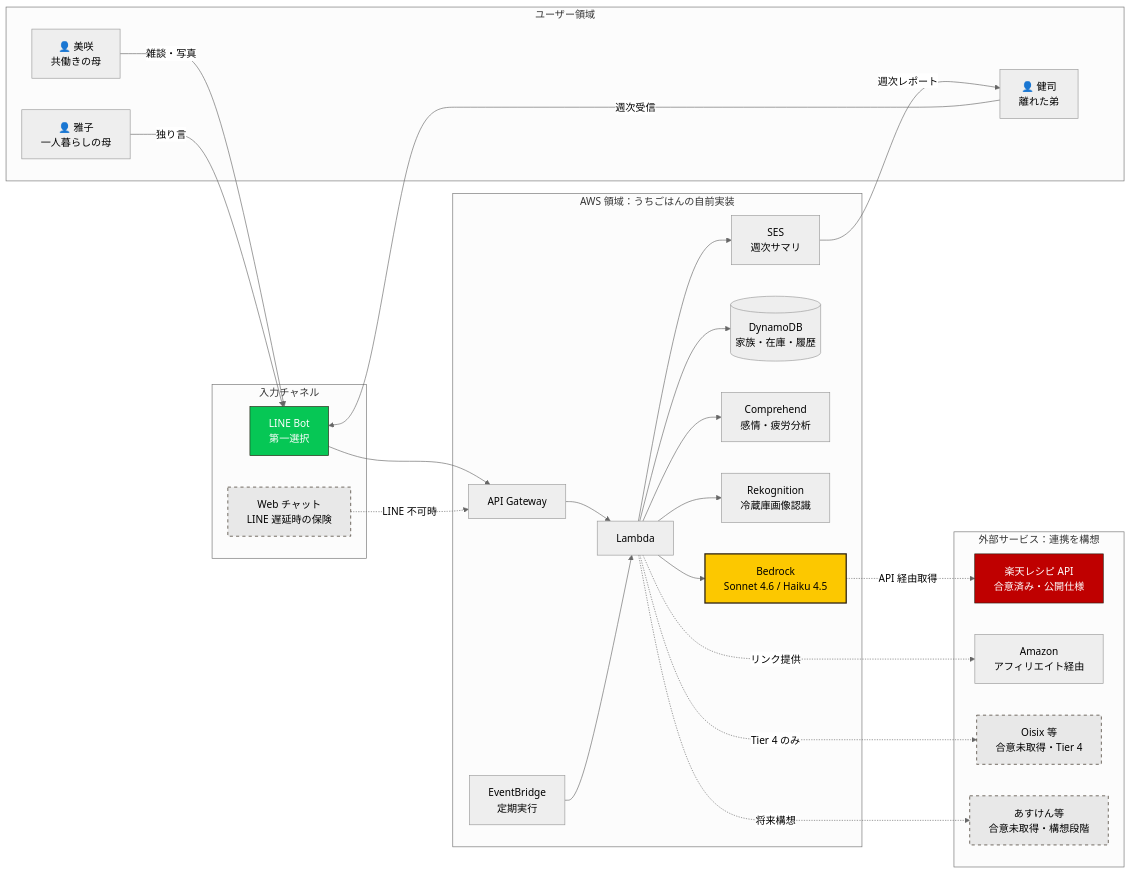
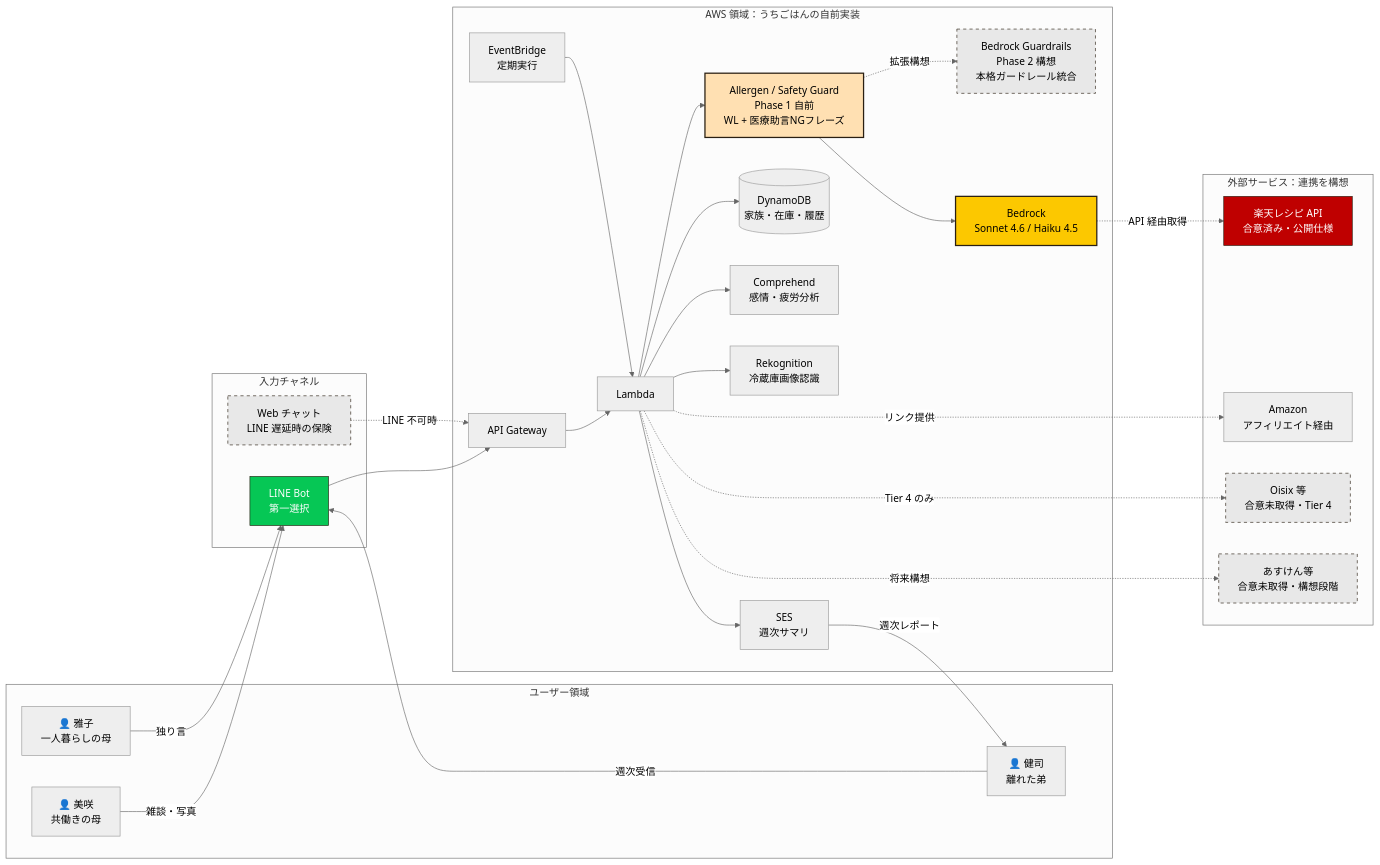
One commit to enomotom-cloud/uchigohan changed the diagram in aidlc-docs/03-application-design.md. Above: the diagram before and after it, drawn with Mermaid (neutral theme). The commit also changed other lines of this file and 1 other file, not shown here.

Commit message:
docs: add system architecture with allergen/safety guard layer

````diff
--- a/aidlc-docs/03-application-design.md
+++ b/aidlc-docs/03-application-design.md
@@ -47,59 +47,65 @@
 ```mermaid
 graph LR
     subgraph User["ユーザー領域"]
         U1[👤 美咲<br/>共働きの母]
         U2[👤 雅子<br/>一人暮らしの母]
         U3[👤 健司<br/>離れた弟]
     end
 
     subgraph Channel["入力チャネル"]
         LINE[LINE Bot<br/>第一選択]
         WEB[Web チャット<br/>LINE 遅延時の保険]
     end
 
     subgraph AWS["AWS 領域：うちごはんの自前実装"]
         APIGW[API Gateway]
         LAMBDA[Lambda]
+        GUARD["Allergen / Safety Guard<br/>Phase 1 自前<br/>WL + 医療助言NGフレーズ"]
+        GUARD_P2["Bedrock Guardrails<br/>Phase 2 構想<br/>本格ガードレール統合"]
         BEDROCK[Bedrock<br/>Sonnet 4.6 / Haiku 4.5]
         DDB[(DynamoDB<br/>家族・在庫・履歴)]
         COMP[Comprehend<br/>感情・疲労分析]
         REKO[Rekognition<br/>冷蔵庫画像認識]
         EB[EventBridge<br/>定期実行]
         SES[SES<br/>週次サマリ]
     end
 
     subgraph External["外部サービス：連携を構想"]
         RAKUTEN[楽天レシピ API<br/>合意済み・公開仕様]
         AMAZON[Amazon<br/>アフィリエイト経由]
         OISIX[Oisix 等<br/>合意未取得・Tier 4]
         ASKEN[あすけん等<br/>合意未取得・構想段階]
     end
 
     U1 -->|雑談・写真| LINE
     U2 -->|独り言| LINE
     U3 -->|週次受信| LINE
 
     LINE --> APIGW
     WEB -.->|LINE 不可時| APIGW
     APIGW --> LAMBDA
-    LAMBDA --> BEDROCK
+    LAMBDA --> GUARD
+    GUARD --> BEDROCK
+    GUARD -.->|拡張構想| GUARD_P2
     LAMBDA --> COMP
     LAMBDA --> REKO
     LAMBDA --> DDB
 
     BEDROCK -.->|API 経由取得| RAKUTEN
     LAMBDA -.->|リンク提供| AMAZON
     LAMBDA -.->|Tier 4 のみ| OISIX
     LAMBDA -.->|将来構想| ASKEN
 
     EB --> LAMBDA
     LAMBDA --> SES
     SES -->|週次レポート| U3
 
     style BEDROCK fill:#FCC800,stroke:#2A1F12,stroke-width:2px,color:#000
     style LINE fill:#06C755,stroke:#2A1F12,color:#fff
     style WEB fill:#E8E8E8,stroke:#2A1F12,stroke-dasharray: 5 5,color:#000
+    style GUARD fill:#FFE0B2,stroke:#2A1F12,stroke-width:2px,color:#000
+    style GUARD_P2 fill:#E8E8E8,stroke:#2A1F12,stroke-dasharray: 5 5,color:#000
     style RAKUTEN fill:#BF0000,stroke:#2A1F12,color:#fff
     style OISIX fill:#E8E8E8,stroke:#2A1F12,stroke-dasharray: 5 5,color:#000
     style ASKEN fill:#E8E8E8,stroke:#2A1F12,stroke-dasharray: 5 5,color:#000
 ```
````
